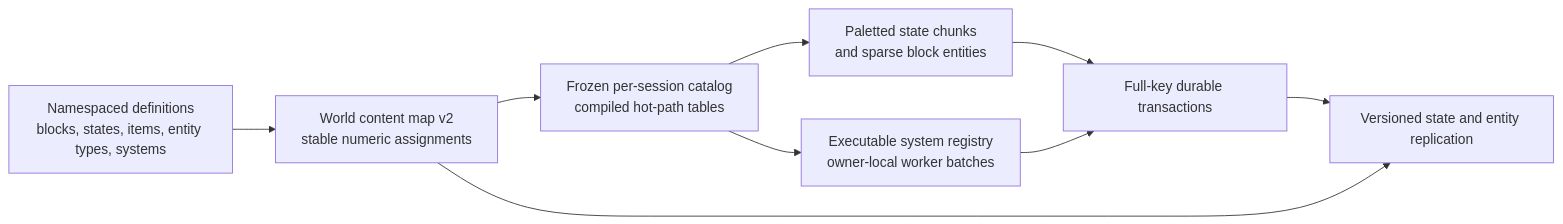
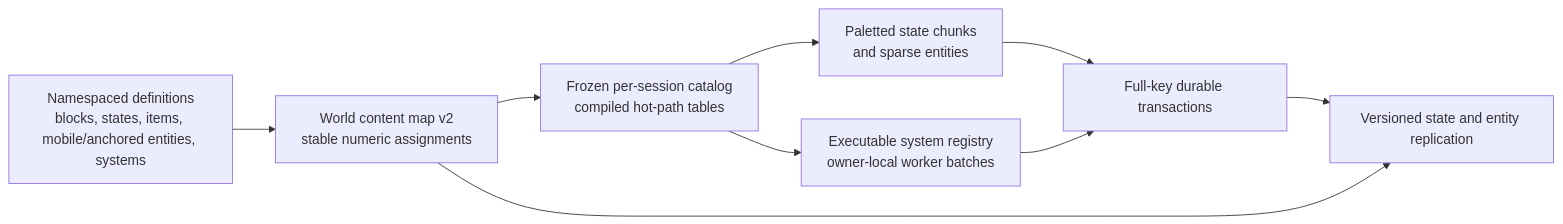
One commit to SuddenlyHazel/bloxgloom changed the first of 2 diagrams in docs/growth-foundation-plan.md. Above: the diagram before and after it, drawn with Mermaid. The commit also changed other lines of this file, not shown here.

````diff
--- a/docs/growth-foundation-plan.md
+++ b/docs/growth-foundation-plan.md
@@ -25,11 +25,11 @@
 ```mermaid
 flowchart LR
-    DEF["Namespaced definitions<br/>blocks, states, items, entity types, systems"] --> MAP["World content map v2<br/>stable numeric assignments"]
+    DEF["Namespaced definitions<br/>blocks, states, items, mobile/anchored entities, systems"] --> MAP["World content map v2<br/>stable numeric assignments"]
     MAP --> CAT["Frozen per-session catalog<br/>compiled hot-path tables"]
-    CAT --> CHUNK["Paletted state chunks<br/>and sparse block entities"]
+    CAT --> CHUNK["Paletted state chunks<br/>and sparse entities"]
     CAT --> SYS["Executable system registry<br/>owner-local worker batches"]
     CHUNK --> TX["Full-key durable transactions"]
     SYS --> TX
     TX --> REP["Versioned state and entity replication"]
     MAP --> REP
 ```
````
